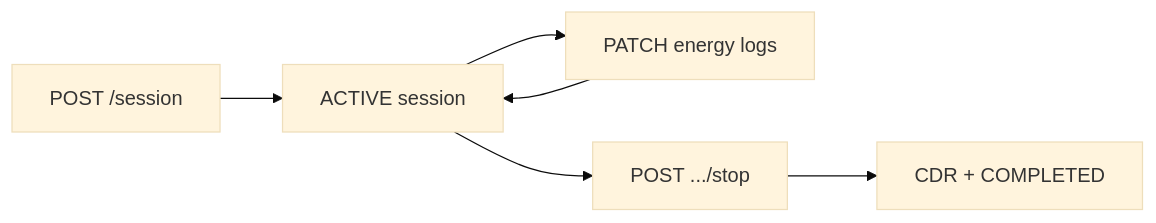
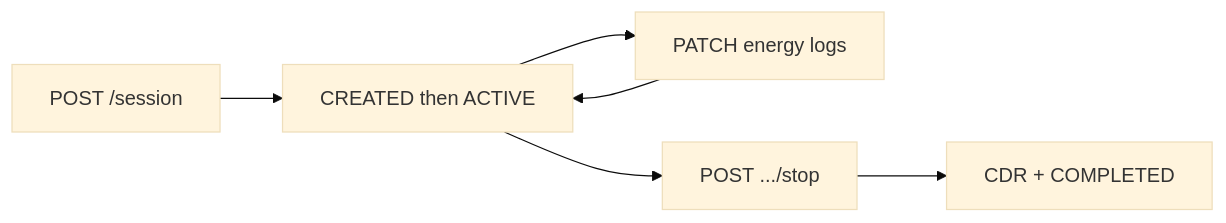
One commit to SettiNitesh/EV-Charging-Session-Service changed the diagram in Readme.md. Above: the diagram before and after it, drawn with Mermaid (base theme). The commit also changed other lines of this file and 6 other files, not shown here.

````diff
--- a/Readme.md
+++ b/Readme.md
@@ -29,8 +29,8 @@
 ```mermaid
 flowchart LR
-  A[POST /session] --> B[ACTIVE session]
+  A[POST /session] --> B[CREATED then ACTIVE]
   B --> C[PATCH energy logs]
   C --> B
   B --> D[POST .../stop]
   D --> E[CDR + COMPLETED]
 ```
````
